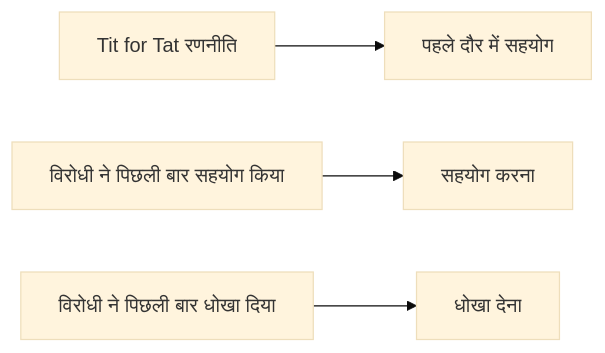
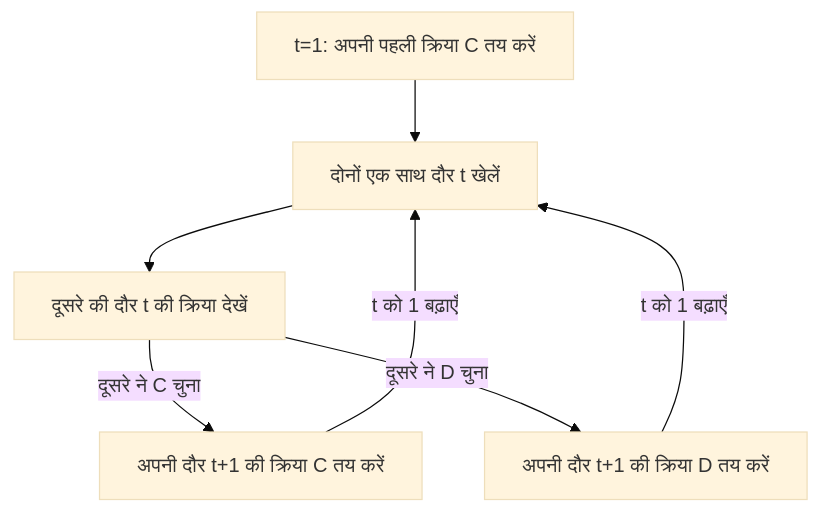
One commit to kenjinote/blog changed the second of 2 diagrams in content/post/paradox-prisoners-dilemma/index.hi.md. Above: the diagram before and after it, drawn with Mermaid (base theme). The commit also changed other lines of this file and 9 other files, not shown here.

````diff
--- a/content/post/paradox-prisoners-dilemma/index.hi.md
+++ b/content/post/paradox-prisoners-dilemma/index.hi.md
@@ -106,12 +95,9 @@
 ```mermaid
-graph LR
-    A["Tit for Tat रणनीति"]
-    B["पहले दौर में सहयोग"]
-    C["विरोधी ने पिछली बार सहयोग किया"]
-    D["विरोधी ने पिछली बार धोखा दिया"]
-    E["सहयोग करना"]
-    F["धोखा देना"]
-    A --> B
-    C --> E
-    D --> F
+graph TD
+    Start["t=1: अपनी पहली क्रिया C तय करें"] --> Play["दोनों एक साथ दौर t खेलें"]
+    Play --> Observe["दूसरे की दौर t की क्रिया देखें"]
+    Observe -->|"दूसरे ने C चुना"| NextC["अपनी दौर t+1 की क्रिया C तय करें"]
+    Observe -->|"दूसरे ने D चुना"| NextD["अपनी दौर t+1 की क्रिया D तय करें"]
+    NextC -->|"t को 1 बढ़ाएँ"| Play
+    NextD -->|"t को 1 बढ़ाएँ"| Play
 ```
````
